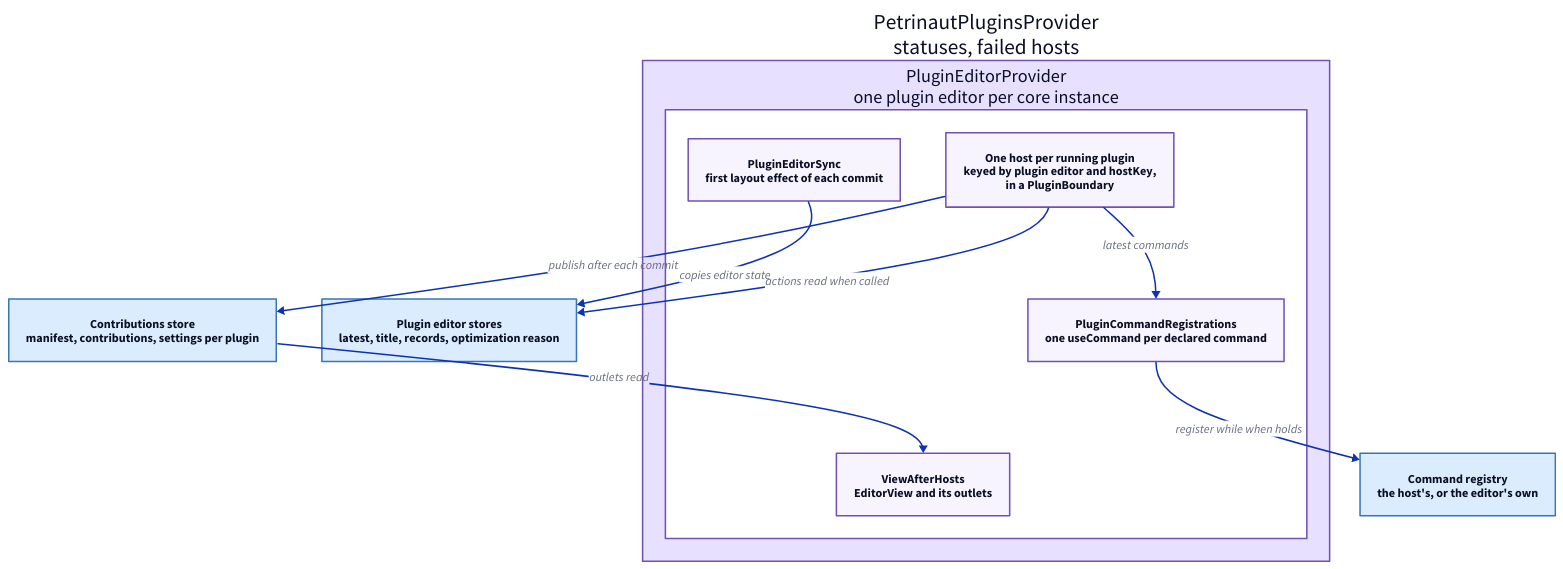
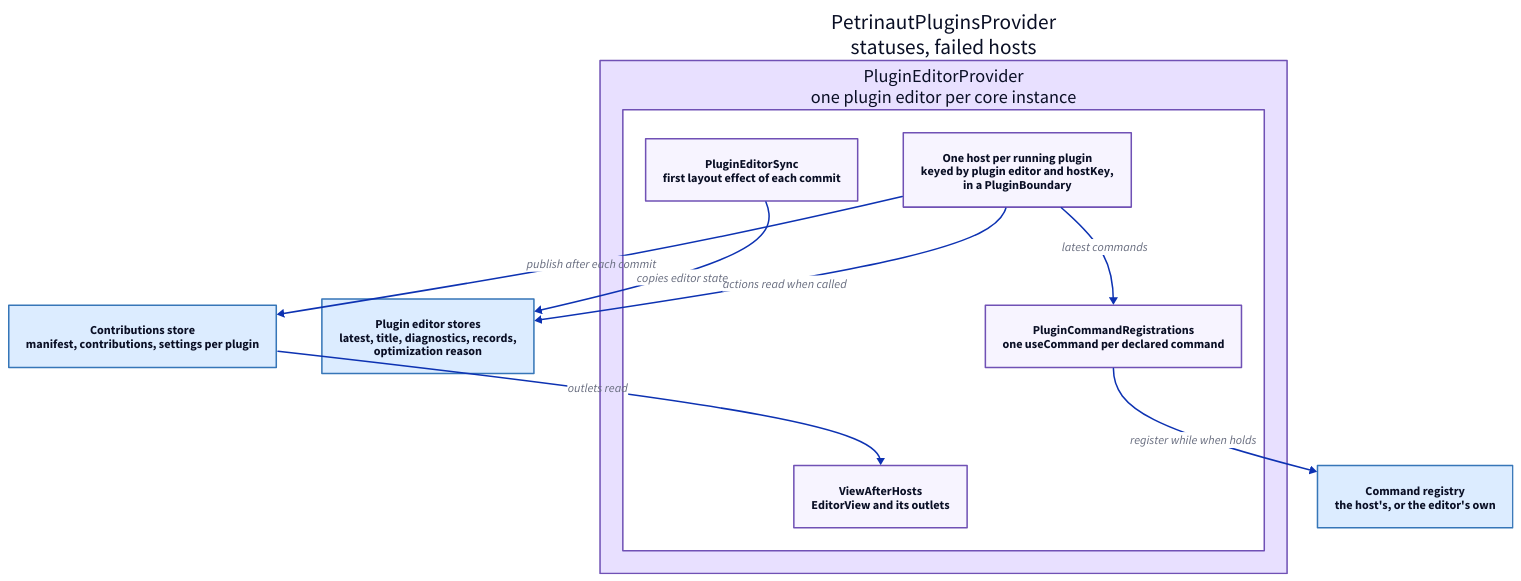
One commit to hashintel/hash changed the diagram in libs/@local/petrinaut-arch-docs/content/diagrams/plugin-runtime.d2. Above: the diagram before and after it, drawn with D2. The commit also changed 12 other files, not shown here.

Commit message:
Give plugins the editor's live diagnostics

```diff
--- a/libs/@local/petrinaut-arch-docs/content/diagrams/plugin-runtime.d2
+++ b/libs/@local/petrinaut-arch-docs/content/diagrams/plugin-runtime.d2
@@ -1,28 +1,28 @@
 # Hand-written; rendered by the arch-docs build. React components use the
 # purple palette, core stores the blue `core` one.
 direction: down
 
 provider: "PetrinautPluginsProvider\nstatuses, failed hosts" {
   style.fill: "#e8e0ff"
   style.stroke: "#7051b5"
 
   editor: "PluginEditorProvider\none plugin editor per core instance" {
     style.fill: "#ffffff"
     style.stroke: "#7051b5"
     sync: "PluginEditorSync\nfirst layout effect of each commit" {style.fill: "#f7f4ff"; style.stroke: "#7051b5"}
     hosts: "One host per running plugin\nkeyed by plugin editor and hostKey,\nin a PluginBoundary" {style.fill: "#f7f4ff"; style.stroke: "#7051b5"}
     commands: "PluginCommandRegistrations\none useCommand per declared command" {style.fill: "#f7f4ff"; style.stroke: "#7051b5"}
     view: "ViewAfterHosts\nEditorView and its outlets" {style.fill: "#f7f4ff"; style.stroke: "#7051b5"}
   }
 }
 
-stores: "Plugin editor stores\nlatest, title, records, optimization reason" {style.fill: "#dcecff"; style.stroke: "#3676b8"}
+stores: "Plugin editor stores\nlatest, title, diagnostics, records,\noptimization reason" {style.fill: "#dcecff"; style.stroke: "#3676b8"}
 contributions: "Contributions store\nmanifest, contributions, settings per plugin" {style.fill: "#dcecff"; style.stroke: "#3676b8"}
 registry: "Command registry\nthe host's, or the editor's own" {style.fill: "#dcecff"; style.stroke: "#3676b8"}
 
 provider.editor.sync -> stores: "copies editor state"
 provider.editor.hosts -> stores: "actions read when called"
 provider.editor.hosts -> contributions: "publish after each commit"
 contributions -> provider.editor.view: "outlets read"
 provider.editor.hosts -> provider.editor.commands: "latest commands"
 provider.editor.commands -> registry: "register while when holds"
```
